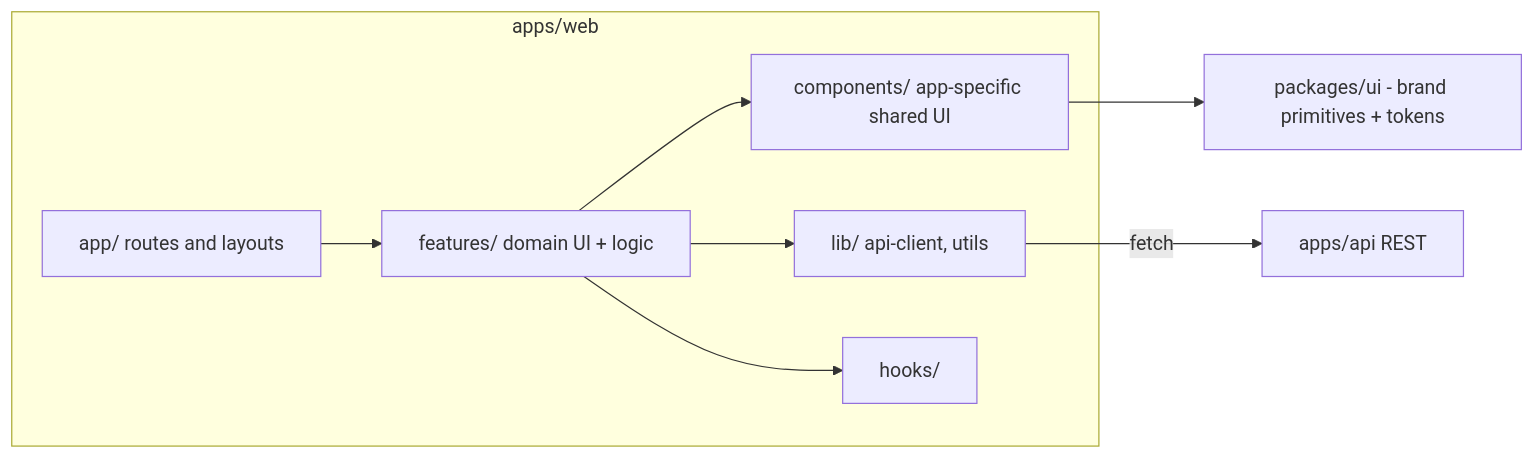
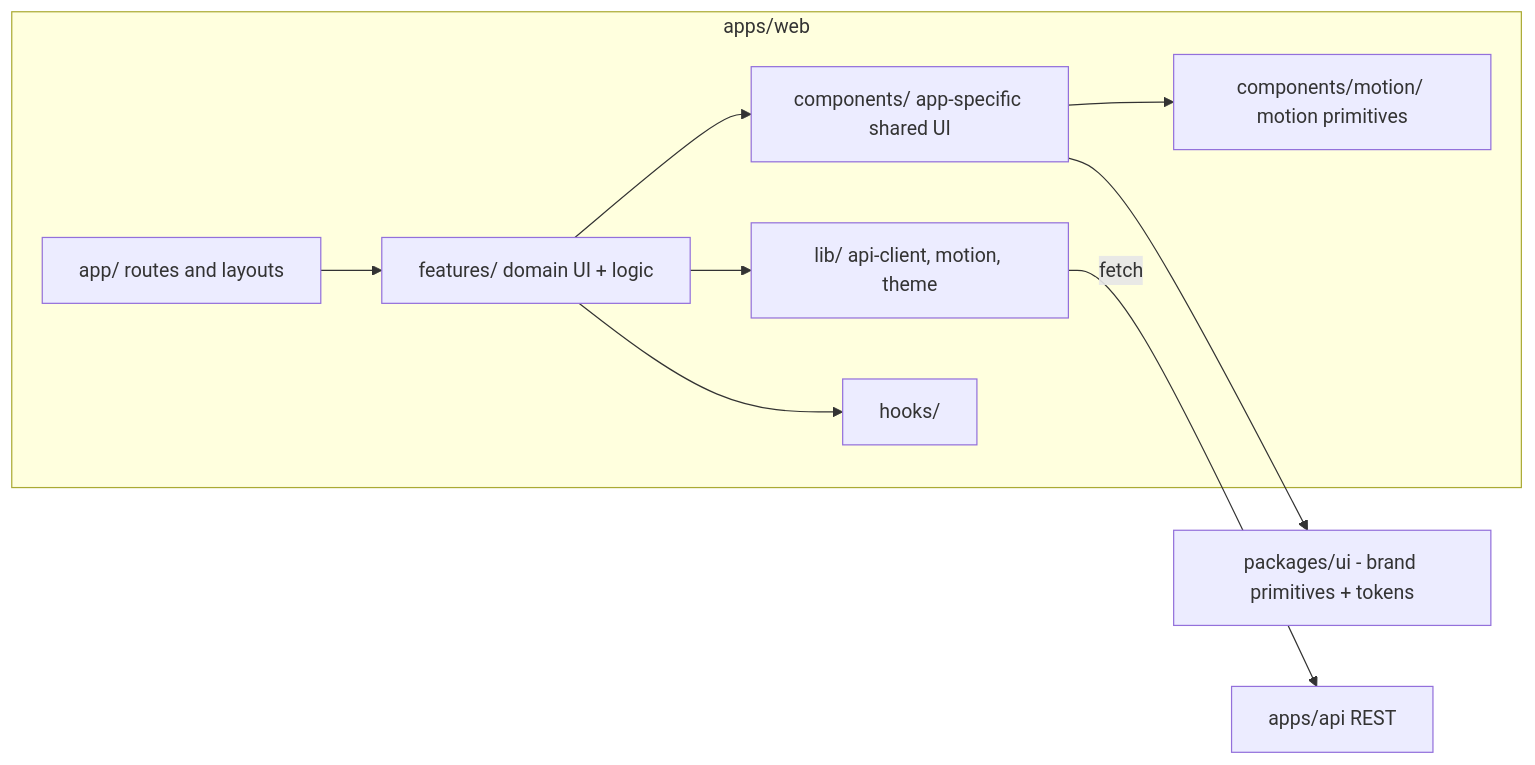
One commit to TahaSohail-Goat/ATS changed the diagram in docs/architecture/frontend-architecture.md. Above: the diagram before and after it, drawn with Mermaid. The commit also changed other lines of this file and 80 other files, not shown here.

````diff
--- a/docs/architecture/frontend-architecture.md
+++ b/docs/architecture/frontend-architecture.md
@@ -5,11 +5,12 @@
 ```mermaid
 flowchart LR
     subgraph apps/web
         A[app/ routes and layouts] --> F[features/ domain UI + logic]
         F --> C[components/ app-specific shared UI]
-        F --> L[lib/ api-client, utils]
+        C --> M[components/motion/ motion primitives]
+        F --> L[lib/ api-client, motion, theme]
         F --> H[hooks/]
     end
     C --> UI[packages/ui - brand primitives + tokens]
     L -->|fetch| API[apps/api REST]
 ```
````
